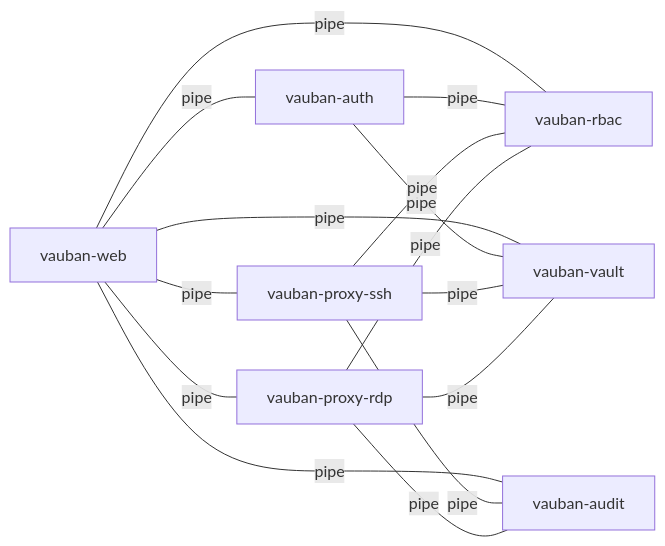
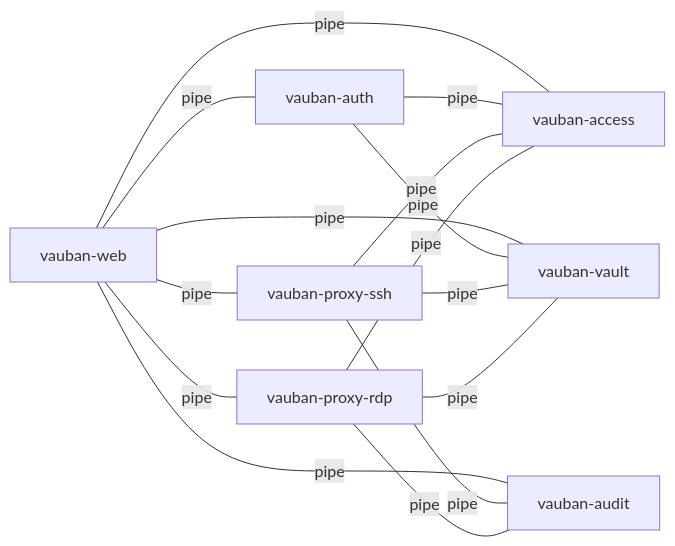
Before and after one commit to rbenaley/Vauban: the second of 13 diagrams in docs/technical/Vauban_Privsep_Architecture_EN(1.2).md, drawn with Mermaid. The commit also changed other lines of this file and 140 other files, not shown here.

First line of the commit message:
feat!: vauban 0.4.0 - instance-level access control with service isolation

````diff
--- a/docs/technical/Vauban_Privsep_Architecture_EN(1.2).md
+++ b/docs/technical/Vauban_Privsep_Architecture_EN(1.2).md
@@ -179,28 +179,28 @@
 ```mermaid
 flowchart LR
     Web[vauban-web]
     Auth[vauban-auth]
-    Rbac[vauban-rbac]
+    Access[vauban-access]
     Vault[vauban-vault]
     Audit[vauban-audit]
     SSH[vauban-proxy-ssh]
     RDP[vauban-proxy-rdp]
 
     Web ---|pipe| Auth
-    Web ---|pipe| Rbac
+    Web ---|pipe| Access
     Web ---|pipe| Audit
     Web ---|pipe| SSH
     Web ---|pipe| RDP
     Web ---|pipe| Vault
 
-    Auth ---|pipe| Rbac
+    Auth ---|pipe| Access
     Auth ---|pipe| Vault
 
-    SSH ---|pipe| Rbac
+    SSH ---|pipe| Access
     SSH ---|pipe| Vault
     SSH ---|pipe| Audit
 
-    RDP ---|pipe| Rbac
+    RDP ---|pipe| Access
     RDP ---|pipe| Vault
     RDP ---|pipe| Audit
 ```
````
